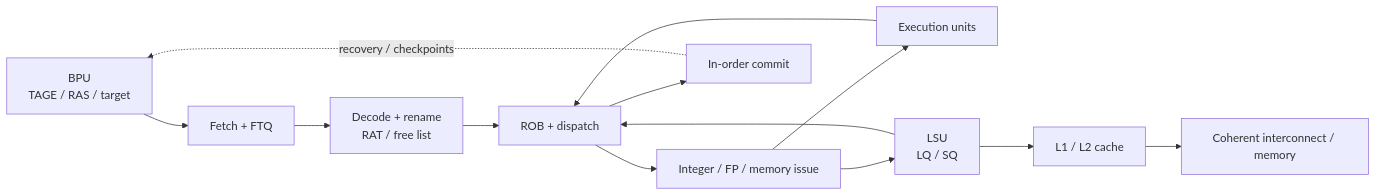
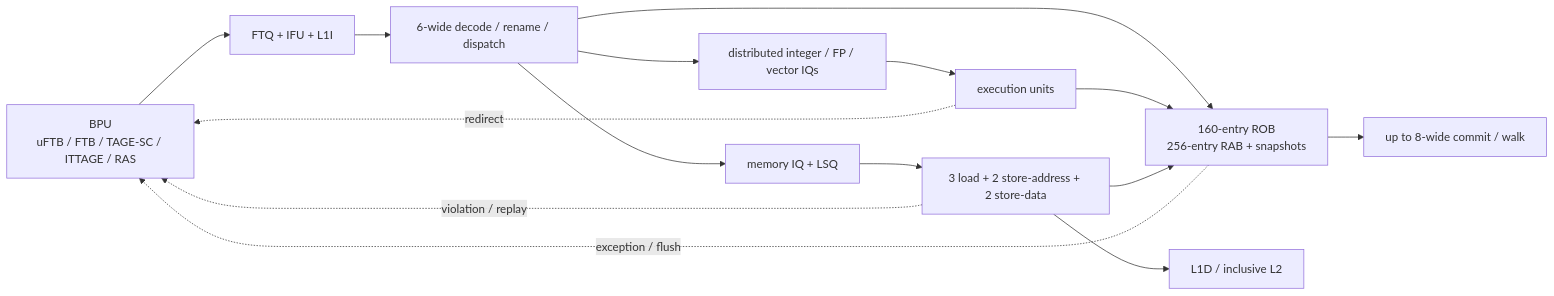
One commit to Wty2003328/silicon-design-notebook changed the diagram in 01_Architecture_and_PPA/01_CPU_Architecture/07_Core_Case_Studies/01_Xiangshan_CPU_Design.md. Above: the diagram before and after it, drawn with Mermaid. The commit also changed other lines of this file and 29 other files, not shown here.

Commit message:
Expand advanced CPU GPU and NPU microarchitecture

````diff
--- a/01_Architecture_and_PPA/01_CPU_Architecture/07_Core_Case_Studies/01_Xiangshan_CPU_Design.md
+++ b/01_Architecture_and_PPA/01_CPU_Architecture/07_Core_Case_Studies/01_Xiangshan_CPU_Design.md
@@ -33,15 +47,17 @@
 ```mermaid
 flowchart LR
-    P["BPU<br/>TAGE / RAS / target"] --> F["Fetch + FTQ"]
-    F --> D["Decode + rename<br/>RAT / free list"]
-    D --> R["ROB + dispatch"]
-    R --> I["Integer / FP / memory issue"]
-    I --> E["Execution units"]
-    I --> L["LSU<br/>LQ / SQ"]
-    L --> C["L1 / L2 cache"]
-    C --> N["Coherent interconnect / memory"]
+    B["BPU<br/>uFTB / FTB / TAGE-SC / ITTAGE / RAS"] --> F["FTQ + IFU + L1I"]
+    F --> D["6-wide decode / rename / dispatch"]
+    D --> R["160-entry ROB<br/>256-entry RAB + snapshots"]
+    D --> I["distributed integer / FP / vector IQs"]
+    D --> M["memory IQ + LSQ"]
+    I --> E["execution units"]
+    M --> L["3 load + 2 store-address + 2 store-data"]
+    L --> C["L1D / inclusive L2"]
     E --> R
     L --> R
-    R --> K["In-order commit"]
-    K -. recovery / checkpoints .-> P
+    R --> K["up to 8-wide commit / walk"]
+    E -. redirect .-> B
+    L -. violation / replay .-> B
+    R -. exception / flush .-> B
 ```
````
